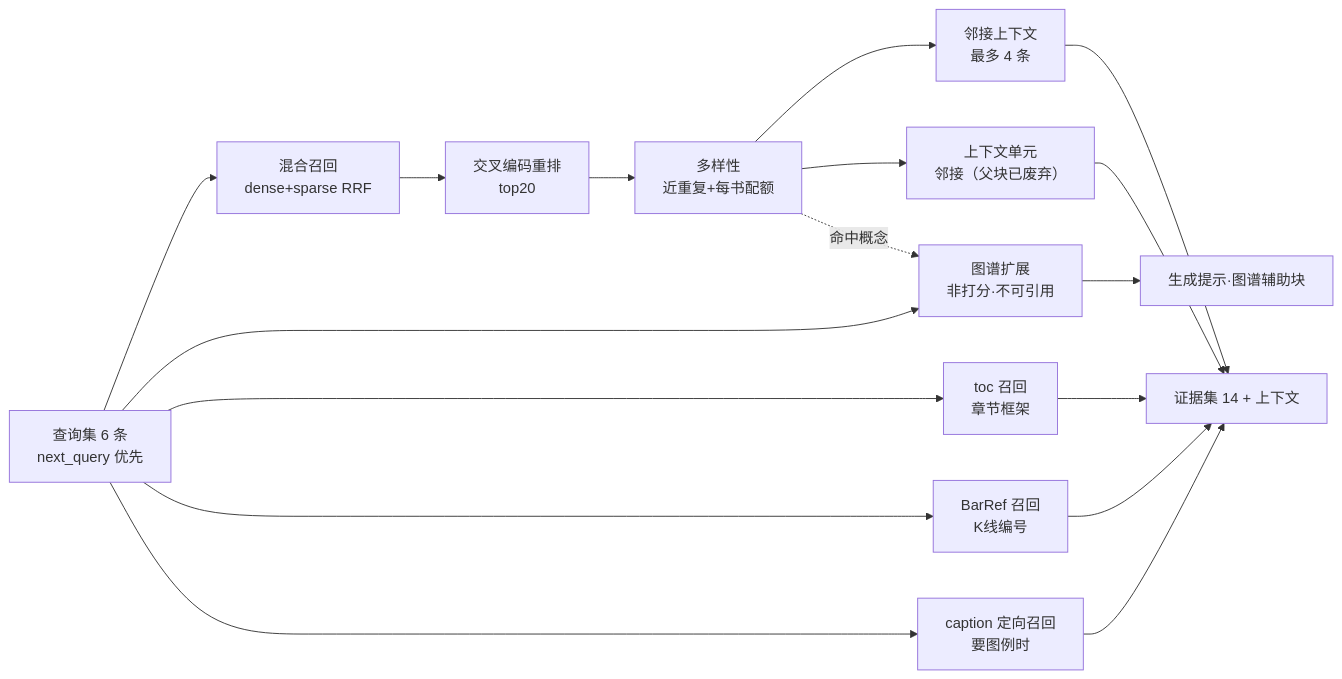
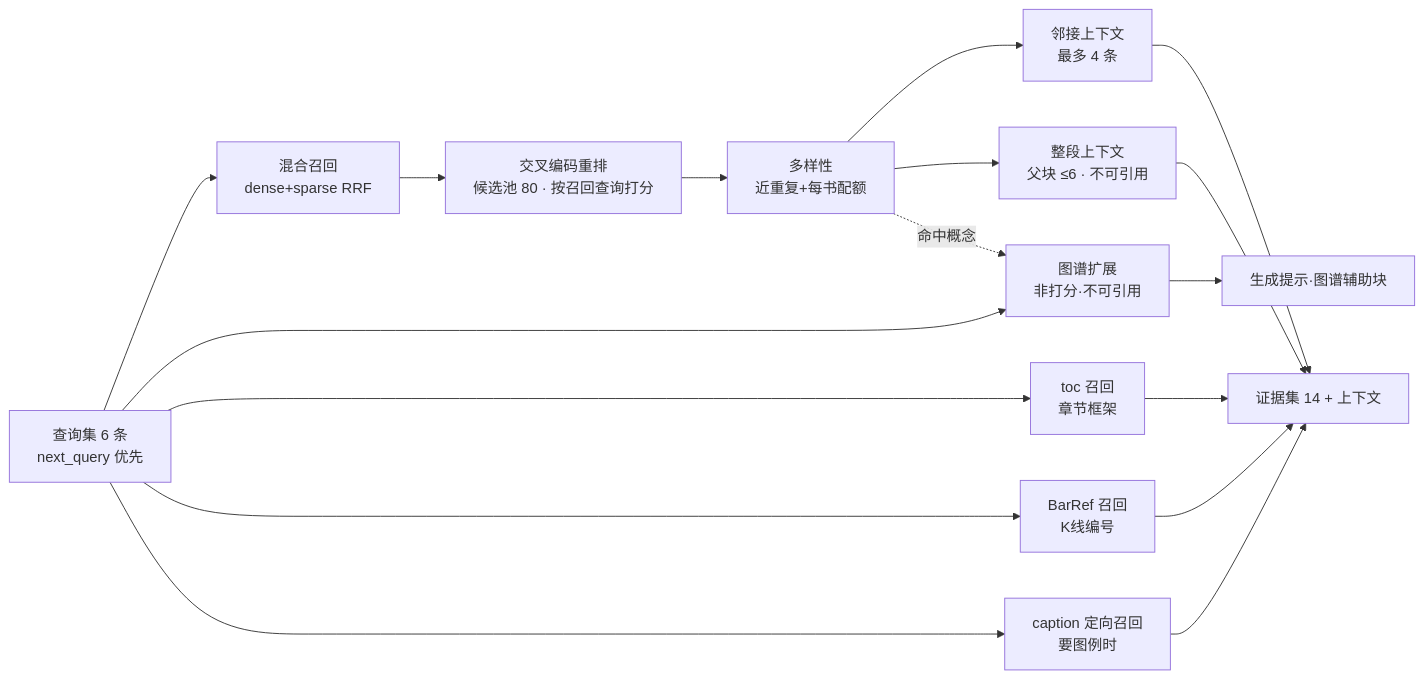
One commit to TbK0ng/paknow changed the diagram in book/chapter4-retrieval.md. Above: the diagram before and after it, drawn with Mermaid. The commit also changed other lines of this file and 19 other files, not shown here.

````diff
--- a/book/chapter4-retrieval.md
+++ b/book/chapter4-retrieval.md
@@ -11,19 +11,19 @@
 ```mermaid
 flowchart LR
     Q[查询集 6 条<br/>next_query 优先] --> H[混合召回<br/>dense+sparse RRF]
-    H --> R[交叉编码重排<br/>top20]
+    H --> R[交叉编码重排<br/>候选池 80 · 按召回查询打分]
     R --> D[多样性<br/>近重复+每书配额]
     D --> A[邻接上下文<br/>最多 4 条]
-    D --> C[上下文单元<br/>邻接（父块已废弃）]
+    D --> C[整段上下文<br/>父块 ≤6 · 不可引用]
     Q --> G[图谱扩展<br/>非打分·不可引用]
     D -.->|命中概念| G
     Q --> T[toc 召回<br/>章节框架]
     Q --> B[BarRef 召回<br/>K线编号]
     Q --> K[caption 定向召回<br/>要图例时]
     A --> S[证据集 14 + 上下文]
     C --> S
     G --> P[生成提示·图谱辅助块]
     T --> S
     B --> S
     K --> S
 ```
````
